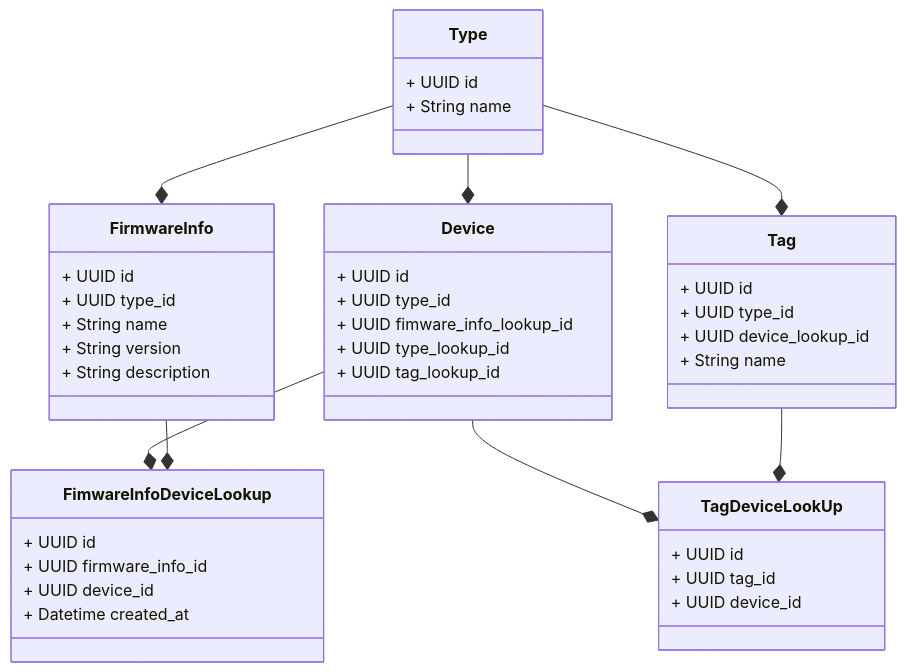
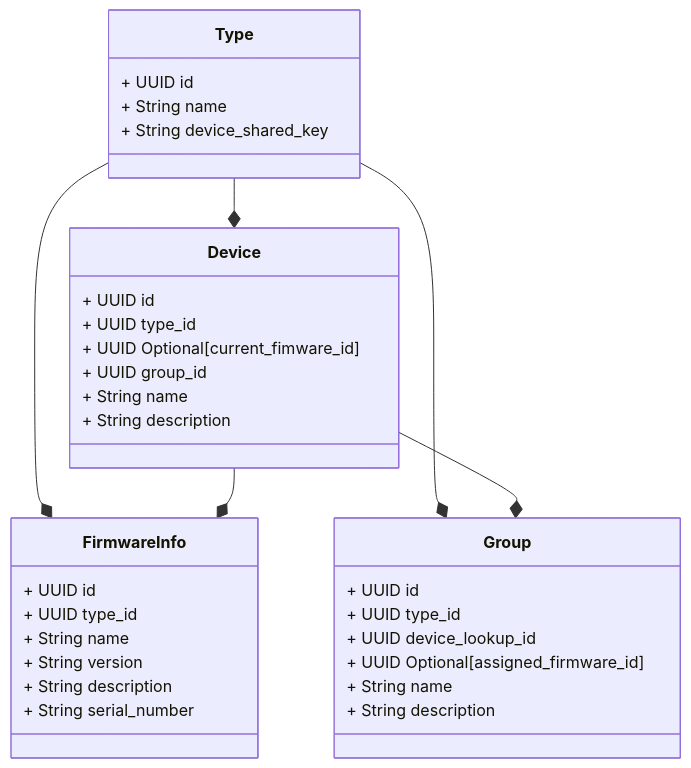
Before and after one commit to OTA-Updates/backend: the diagram in docs/database_model.md, drawn with Mermaid. The commit also changed other lines of this file and 14 other files, not shown here.

````diff
--- a/docs/database_model.md
+++ b/docs/database_model.md
@@ -3,51 +1,43 @@
 ```mermaid
 classDiagram
     class Type {
         + UUID id
         + String name
+        + String device_shared_key
     }
+
     class FirmwareInfo {
         + UUID id
         + UUID type_id
         + String name
         + String version
         + String description
+        + String serial_number
     }
-    class Tag {
+
+    class Group {
         + UUID id
         + UUID type_id
         + UUID device_lookup_id
+        + UUID Optional[assigned_firmware_id]
+        + String name
+        + String description
+    }
 
-        + String name
-    }
     class Device {
         + UUID id
         + UUID type_id
-        + UUID fimware_info_lookup_id
-        + UUID type_lookup_id
-        + UUID tag_lookup_id
-    }
-    class TagDeviceLookUp {
-        + UUID id
-        + UUID tag_id
-        + UUID device_id
-    }
-    class FimwareInfoDeviceLookup {
-        + UUID id
-        + UUID firmware_info_id
-        + UUID device_id
+        + UUID Optional[current_fimware_id]
+        + UUID group_id
 
-        + Datetime created_at
+        + String name
+        + String description
     }
 
     Type --* FirmwareInfo
-    Type --* Tag
+    Type --* Group
     Type --* Device
 
-    Device --* TagDeviceLookUp
-    Tag --* TagDeviceLookUp
-
-    Device --* FimwareInfoDeviceLookup
-    FirmwareInfo --* FimwareInfoDeviceLookup
-
+    Device --* Group
+    Device --* FirmwareInfo
 ```
````
